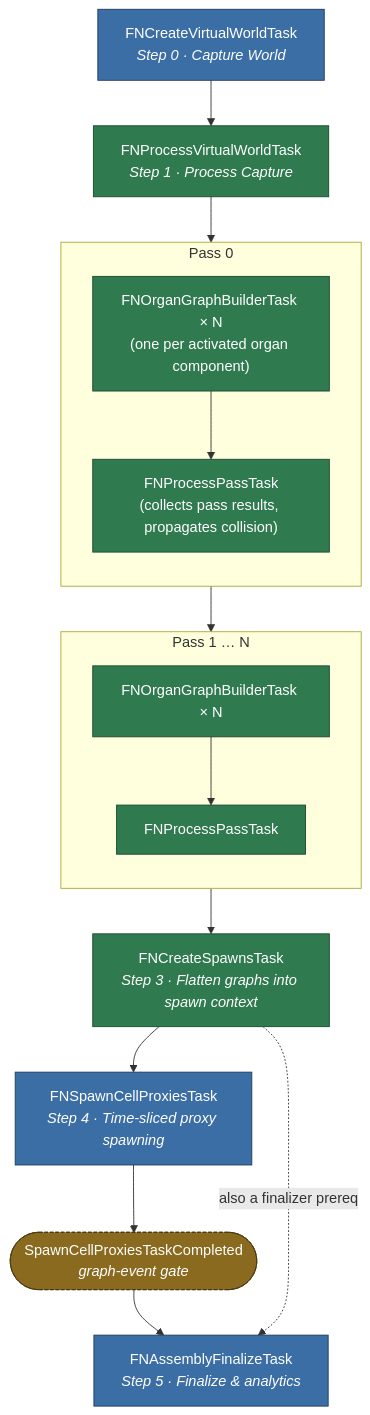
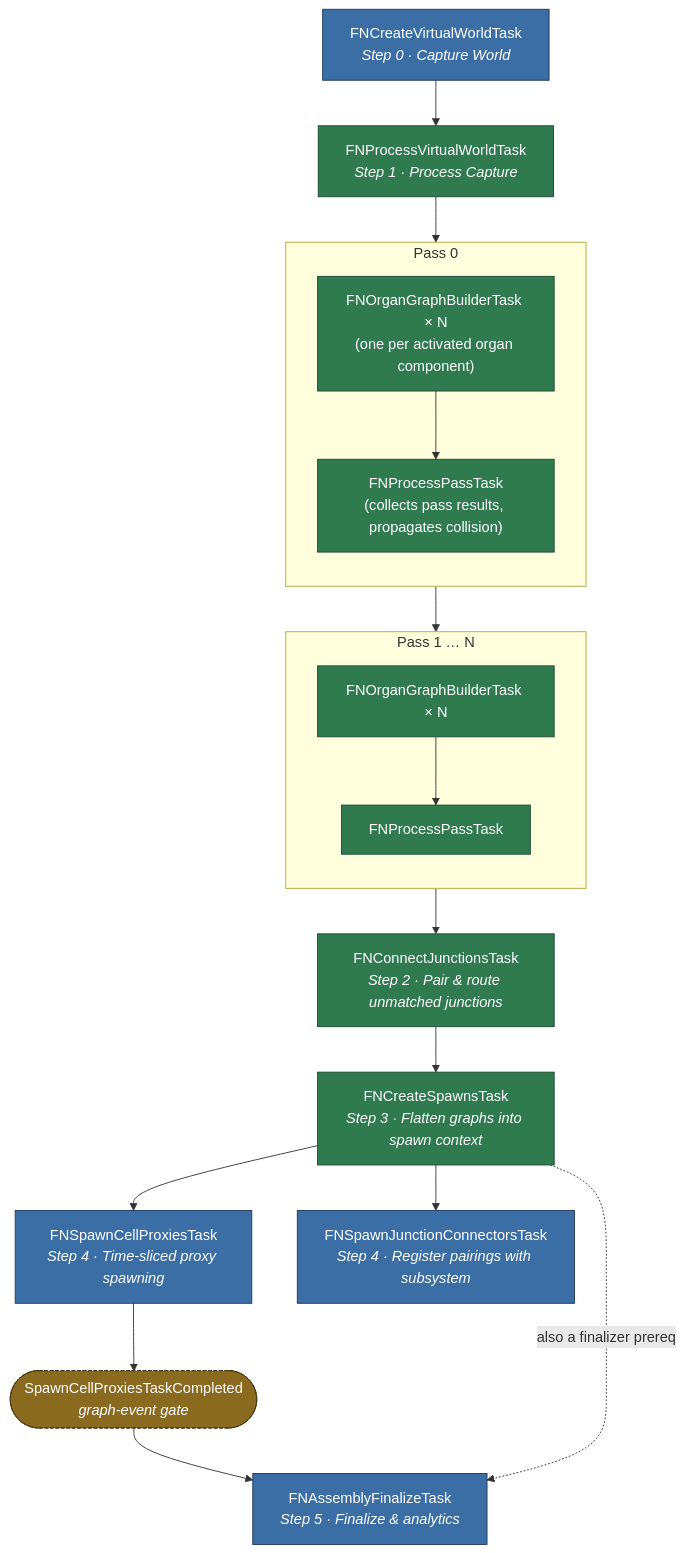
One commit to dotBunny/NEXUS.Docs changed the diagram in docs/plugins/world-assembly/architecture/tasks.md. Above: the diagram before and after it, drawn with Mermaid. The commit also changed other lines of this file and 21 other files, not shown here.

````diff
--- a/docs/plugins/world-assembly/architecture/tasks.md
+++ b/docs/plugins/world-assembly/architecture/tasks.md
@@ -54,37 +100,41 @@
 ```mermaid
 flowchart TD
   classDef gameThread fill:#3b6ea5,stroke:#1f3b5f,color:#fff
   classDef anyThread  fill:#2f7a4f,stroke:#1c4a30,color:#fff
   classDef gate       fill:#8a6a1f,stroke:#4a3810,color:#fff,stroke-dasharray: 4 2
 
   CreateVW["FNCreateVirtualWorldTask<br/><i>Step 0 · Capture World</i>"]:::gameThread
   ProcessVW["FNProcessVirtualWorldTask<br/><i>Step 1 · Process Capture</i>"]:::anyThread
 
   subgraph Pass0["Pass 0"]
     direction TB
     Organ0["FNOrganGraphBuilderTask × N<br/>(one per activated organ component)"]:::anyThread
     ProcPass0["FNProcessPassTask<br/>(collects pass results, propagates collision)"]:::anyThread
     Organ0 --> ProcPass0
   end
 
   subgraph PassN["Pass 1 … N"]
     direction TB
     OrganN["FNOrganGraphBuilderTask × N"]:::anyThread
     ProcPassN["FNProcessPassTask"]:::anyThread
     OrganN --> ProcPassN
   end
 
+  ConnectJunctions["FNConnectJunctionsTask<br/><i>Step 2 · Pair &amp; route unmatched junctions</i>"]:::anyThread
   CreateSpawns["FNCreateSpawnsTask<br/><i>Step 3 · Flatten graphs into spawn context</i>"]:::anyThread
   SpawnProxies["FNSpawnCellProxiesTask<br/><i>Step 4 · Time-sliced proxy spawning</i>"]:::gameThread
+  SpawnConnectors["FNSpawnJunctionConnectorsTask<br/><i>Step 4 · Register pairings with subsystem</i>"]:::gameThread
   SpawnGate(["SpawnCellProxiesTaskCompleted<br/><i>graph-event gate</i>"]):::gate
   Finalize["FNAssemblyFinalizeTask<br/><i>Step 5 · Finalize &amp; analytics</i>"]:::gameThread
 
   CreateVW --> ProcessVW
   ProcessVW --> Organ0
   ProcPass0 --> OrganN
-  ProcPassN --> CreateSpawns
+  ProcPassN --> ConnectJunctions
+  ConnectJunctions --> CreateSpawns
   CreateSpawns --> SpawnProxies
+  CreateSpawns --> SpawnConnectors
   SpawnProxies --> SpawnGate
   SpawnGate --> Finalize
   CreateSpawns -.->|also a finalizer prereq| Finalize
 ```
````
